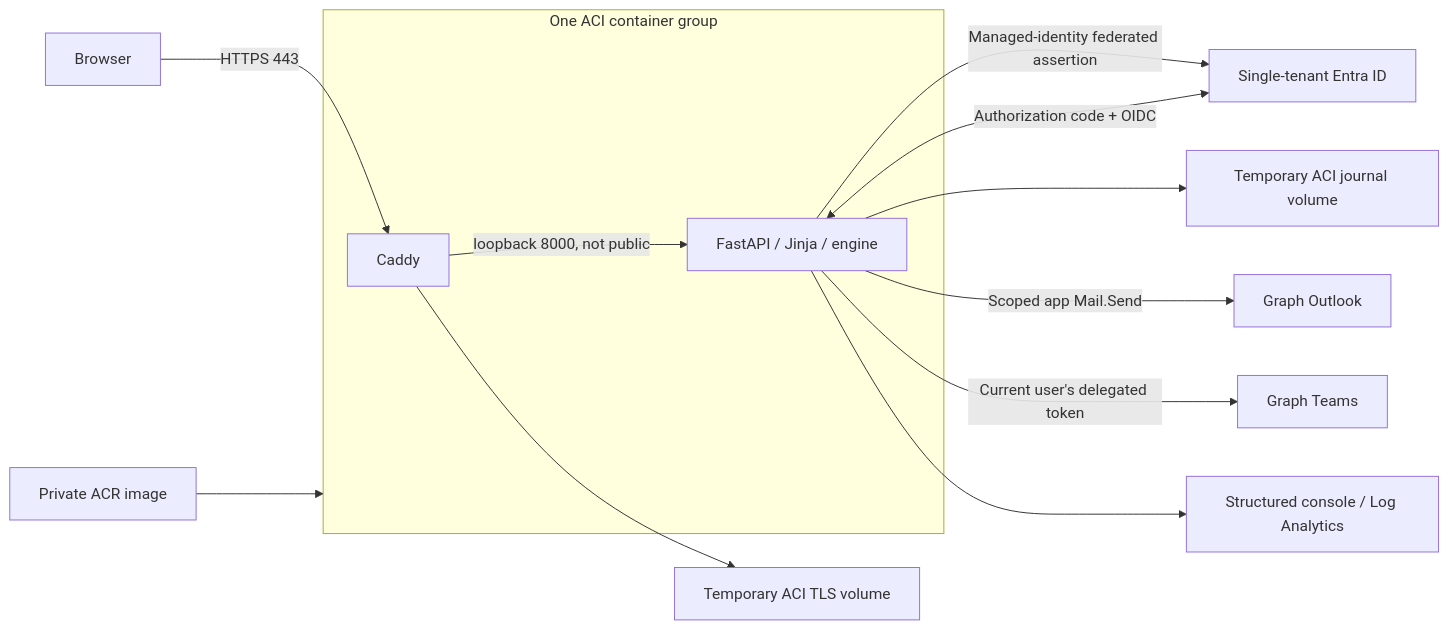
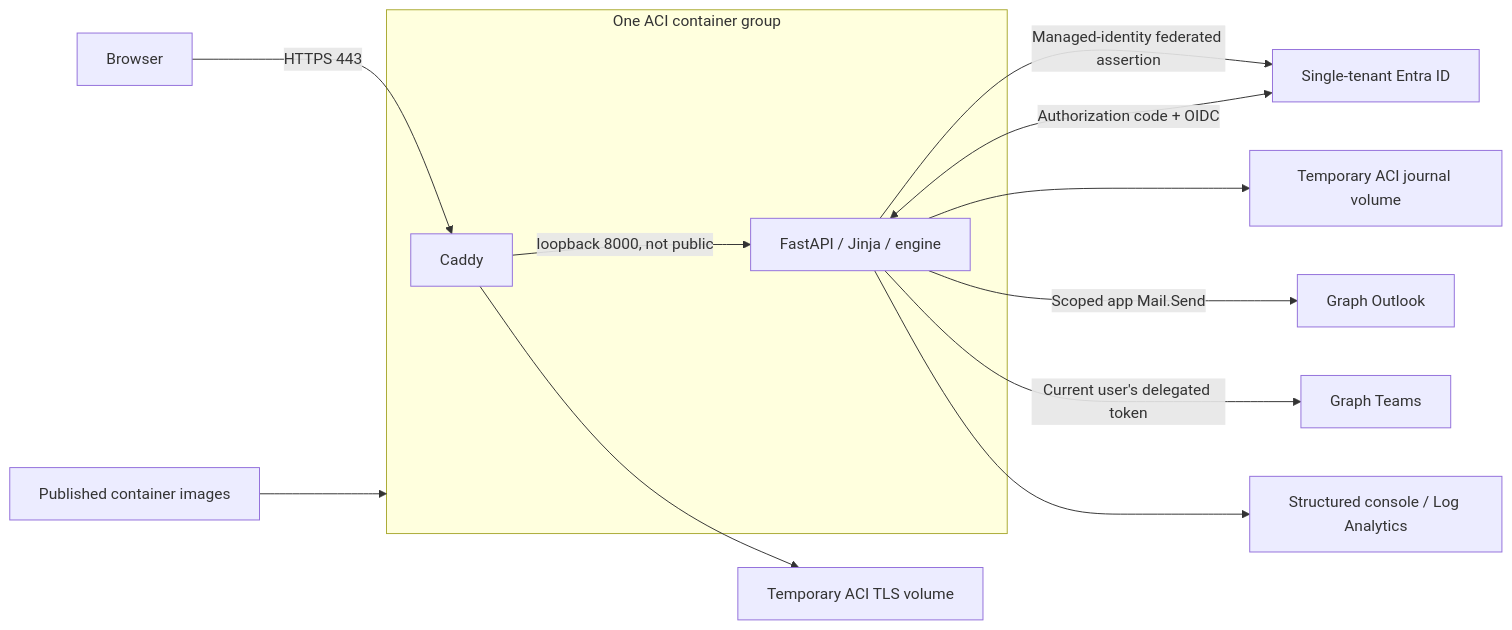
One commit to koenraadhaedens/azd-importer-teams-outlook-demodata changed the diagram in README.md. Above: the diagram before and after it, drawn with Mermaid. The commit also changed other lines of this file and 15 other files, not shown here.

````diff
--- a/README.md
+++ b/README.md
@@ -15,15 +15,15 @@
 ```mermaid
 flowchart LR
     Browser -->|HTTPS 443| Caddy
     Entra[Single-tenant Entra ID] <-->|Authorization code + OIDC| App
     subgraph ACI[One ACI container group]
       Caddy -->|loopback 8000, not public| App[FastAPI / Jinja / engine]
     end
     Caddy --> Certs[Temporary ACI TLS volume]
     App -->|Managed-identity federated assertion| Entra
     App --> Journal[Temporary ACI journal volume]
     App -->|Scoped app Mail.Send| Mail[Graph Outlook]
     App -->|Current user's delegated token| Teams[Graph Teams]
     App --> Logs[Structured console / Log Analytics]
-    ACR[Private ACR image] --> ACI
+    ACR[Published container images] --> ACI
 ```
````
